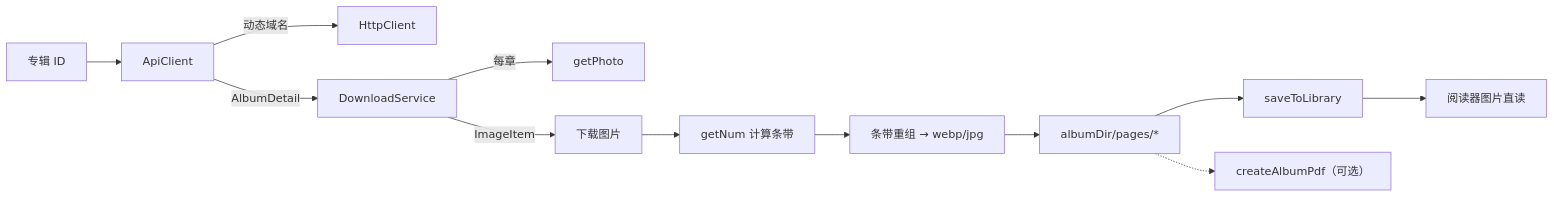
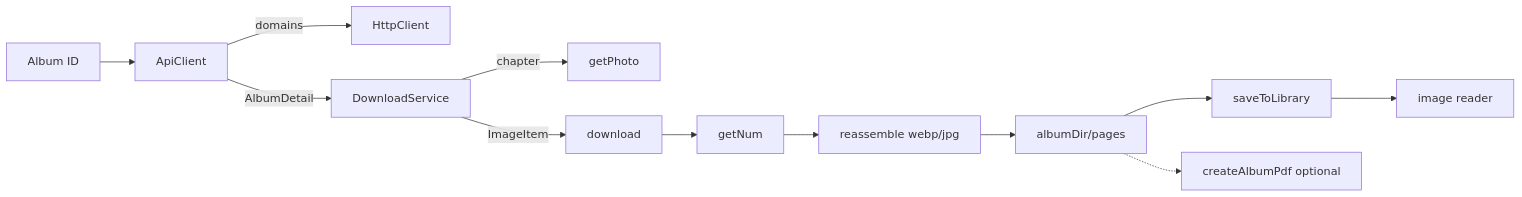
Before and after one commit to aDarkMaker/JMFM: the second of 2 diagrams in docs/architecture/overview.md, drawn with Mermaid. The commit also changed other lines of this file and 20 other files, not shown here.

Commit message:
docs: fix mermaid diagrams and tighten wiki copy

````diff
--- a/docs/architecture/overview.md
+++ b/docs/architecture/overview.md
@@ -76,14 +76,14 @@
 ```mermaid
 flowchart LR
-    id["专辑 ID"] --> api2["ApiClient"]
-    api2 -->|"动态域名"| http["HttpClient"]
-    api2 -->|"AlbumDetail"| svc["DownloadService"]
-    svc -->|"每章"| ph["getPhoto"]
-    svc -->|"ImageItem"| img["下载图片"]
-    img --> num["getNum 计算条带"]
-    num --> dec["条带重组 → webp/jpg"]
-    dec --> pages["albumDir/pages/*"]
-    pages --> lib["saveToLibrary"]
-    lib --> read["阅读器图片直读"]
-    pages -.-> pdf2["createAlbumPdf（可选）"]
+    id[Album ID] --> api2[ApiClient]
+    api2 -->|domains| http[HttpClient]
+    api2 -->|AlbumDetail| svc[DownloadService]
+    svc -->|chapter| ph[getPhoto]
+    svc -->|ImageItem| img[download]
+    img --> num[getNum]
+    num --> dec[reassemble webp/jpg]
+    dec --> pages[albumDir/pages]
+    pages --> lib[saveToLibrary]
+    lib --> read[image reader]
+    pages -.-> pdf2[createAlbumPdf optional]
 ```
````
